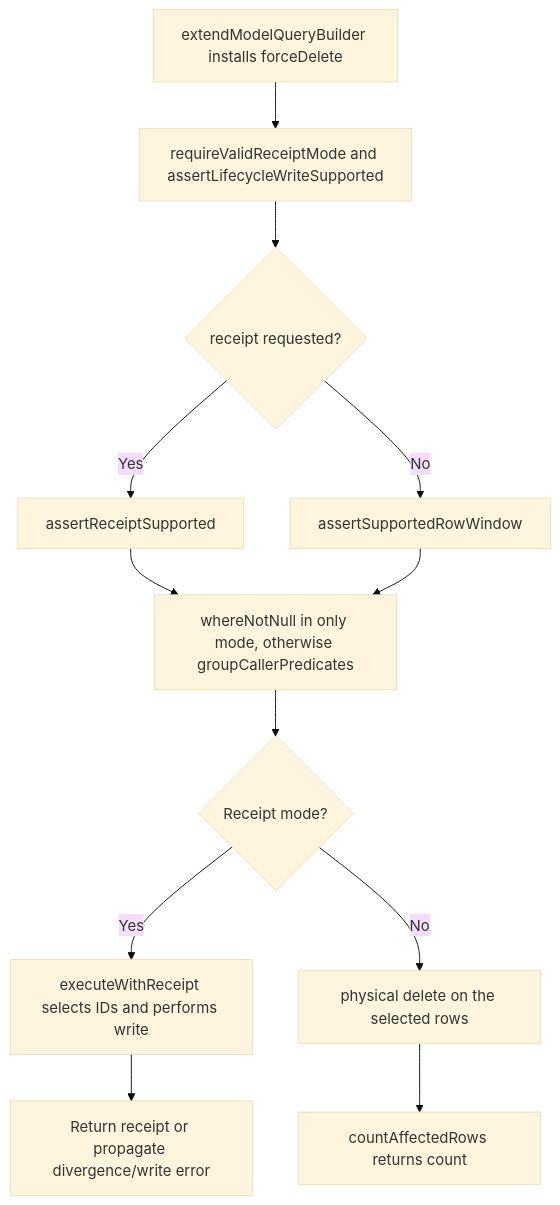
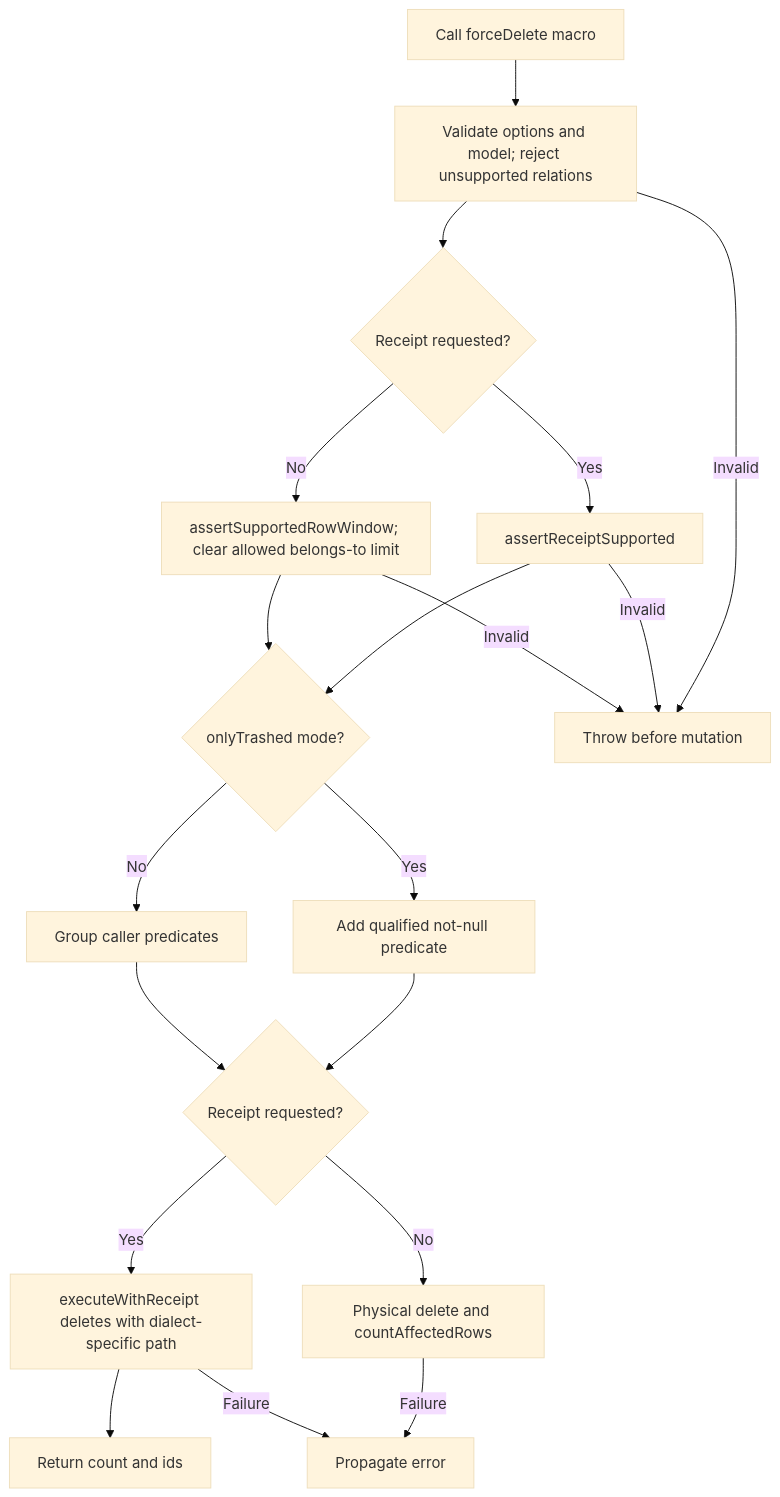
Before and after one commit to Kevinjohn/oss-adonisjs-lucid-soft-delete: the second of 2 diagrams in user-stories/bulk-operations/us-app-07-purge-bulk.md, drawn with Mermaid (base theme). The commit also changed other lines of this file and 26 other files, not shown here.

````diff
--- a/user-stories/bulk-operations/us-app-07-purge-bulk.md
+++ b/user-stories/bulk-operations/us-app-07-purge-bulk.md
@@ -39,14 +39,15 @@
 ```mermaid
 flowchart TD
-    A["extendModelQueryBuilder installs forceDelete"] --> B["requireValidReceiptMode and assertLifecycleWriteSupported"]
-    B --> C{"receipt requested?"}
-    C -->|Yes| D["assertReceiptSupported"]
-    C -->|No| E["assertSupportedRowWindow"]
-    D --> F["whereNotNull in only mode, otherwise groupCallerPredicates"]
-    E --> F
-    F --> G{"Receipt mode?"}
-    G -->|Yes| H["executeWithReceipt selects IDs and performs write"]
-    G -->|No| I["physical delete on the selected rows"]
-    H --> J["Return receipt or propagate divergence/write error"]
-    I --> K["countAffectedRows returns count"]
+    A["Call forceDelete macro"] --> B["Validate options and model; reject unsupported relations"] --> C{"Receipt requested?"}
+    C -->|Yes| D["assertReceiptSupported"] --> F{"onlyTrashed mode?"}
+    C -->|No| E["assertSupportedRowWindow; clear allowed belongs-to limit"] --> F
+    B -->|Invalid| X["Throw before mutation"]
+    D -->|Invalid| X
+    E -->|Invalid| X
+    F -->|Yes| G["Add qualified not-null predicate"] --> I{"Receipt requested?"}
+    F -->|No| H["Group caller predicates"] --> I
+    I -->|No| J["Physical delete and countAffectedRows"]
+    I -->|Yes| K["executeWithReceipt deletes with dialect-specific path"] --> L["Return count and ids"]
+    J -->|Failure| Y["Propagate error"]
+    K -->|Failure| Y
 ```
````
